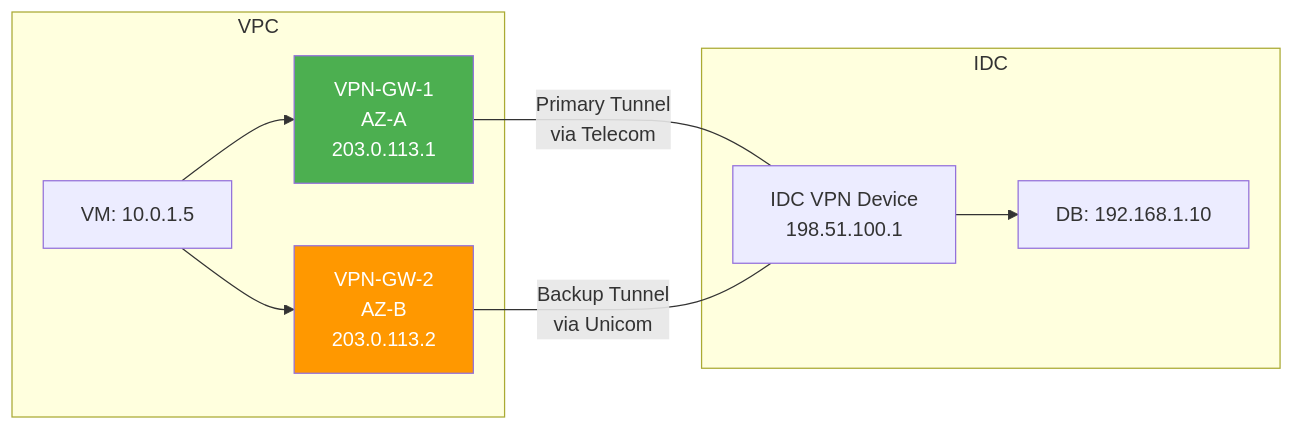
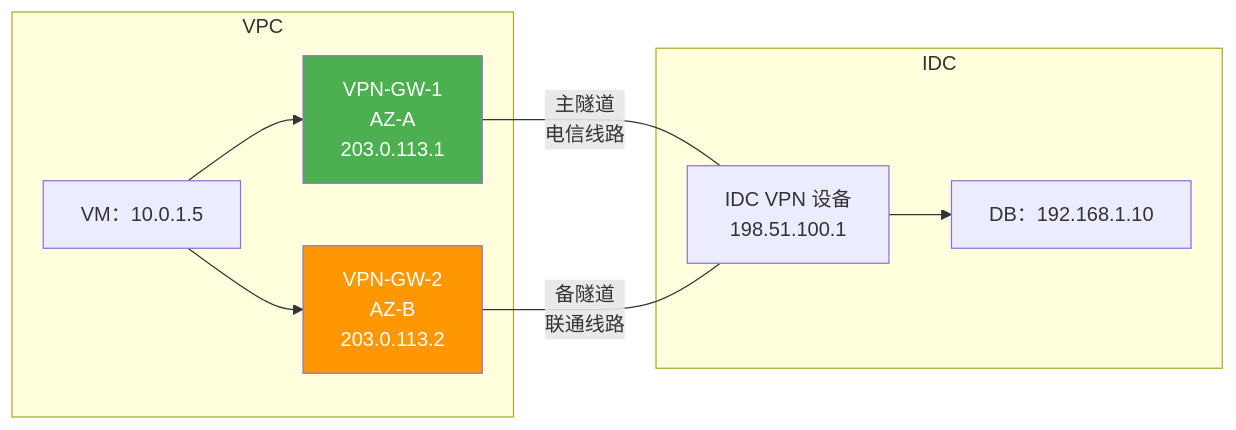
Before and after one commit to caozhiyi/network-book: the fourth of 4 diagrams in docs/20.用互联网打通云和IDC之VPN连接.md, drawn with Mermaid. The commit also changed other lines of this file and 36 other files, not shown here.

````diff
--- a/docs/20.用互联网打通云和IDC之VPN连接.md
+++ b/docs/20.用互联网打通云和IDC之VPN连接.md
@@ -249,22 +267,22 @@
 ```mermaid
 graph LR
     subgraph VPC
-        VM[VM: 10.0.1.5]
+        VM[VM：10.0.1.5]
         GW1[VPN-GW-1<br/>AZ-A<br/>203.0.113.1]
         GW2[VPN-GW-2<br/>AZ-B<br/>203.0.113.2]
     end
 
     subgraph IDC
-        DB[DB: 192.168.1.10]
-        IGW[IDC VPN Device<br/>198.51.100.1]
+        DB[DB：192.168.1.10]
+        IGW[IDC VPN 设备<br/>198.51.100.1]
     end
 
     VM --> GW1
     VM --> GW2
-    GW1 ---|Primary Tunnel<br/>via Telecom| IGW
-    GW2 ---|Backup Tunnel<br/>via Unicom| IGW
+    GW1 ---|主隧道<br/>电信线路| IGW
+    GW2 ---|备隧道<br/>联通线路| IGW
     IGW --> DB
 
     style GW1 fill:#4CAF50,color:#fff
     style GW2 fill:#FF9800,color:#fff
 ```
````
